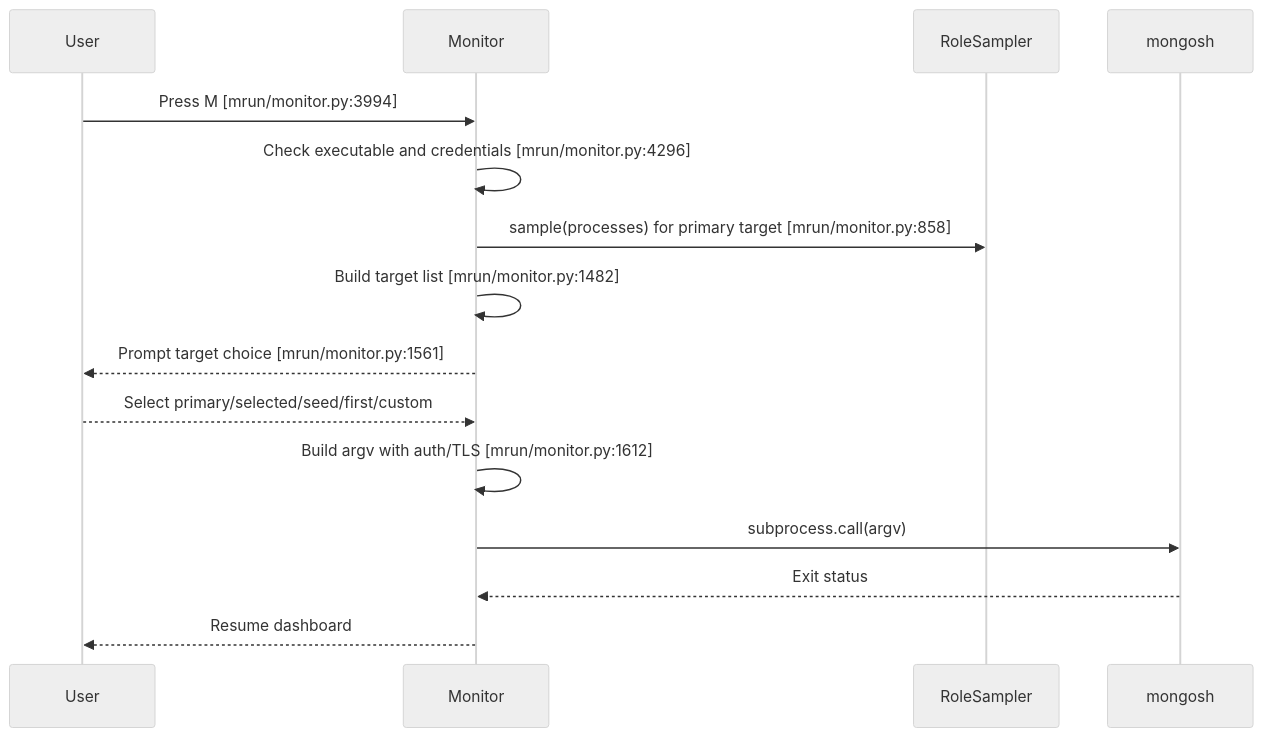
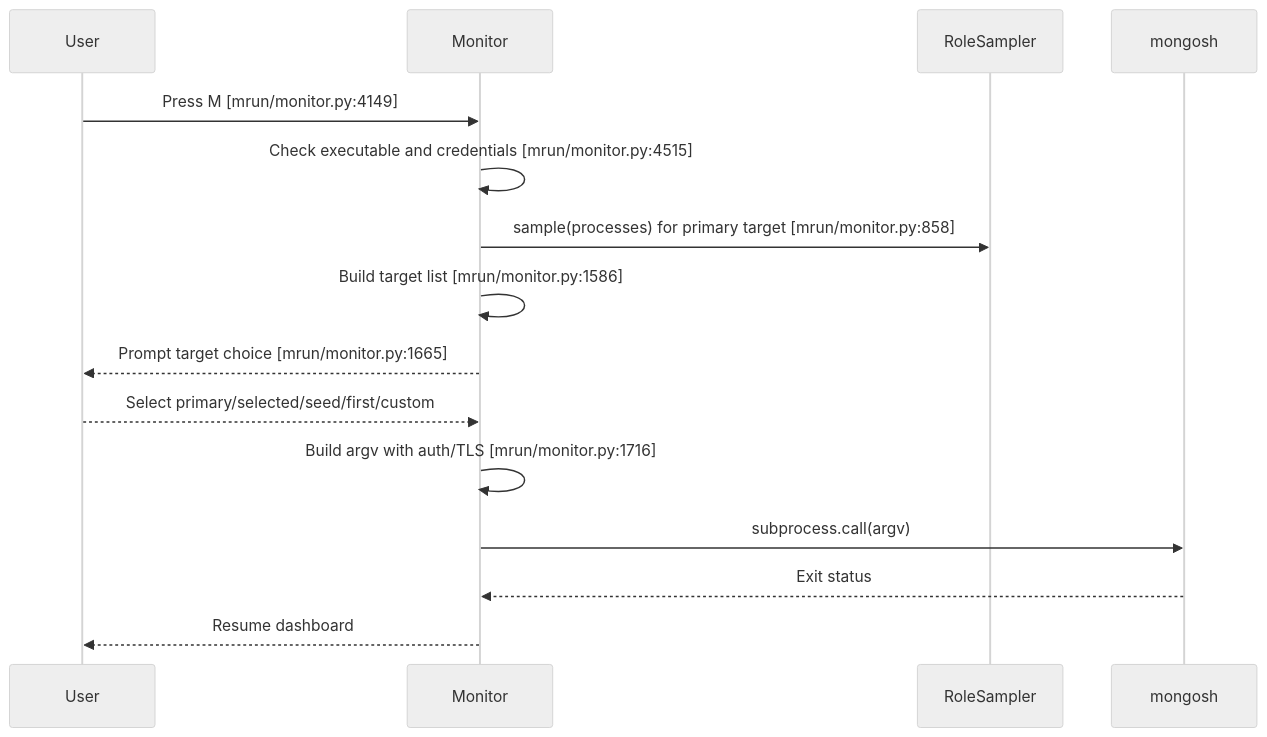
Before and after one commit to mongodb/mlaunch: the ninth of 13 diagrams in doc/feature-monitor-guide.md, drawn with Mermaid (neutral theme). The commit also changed other lines of this file and 2 other files, not shown here.

````diff
--- a/doc/feature-monitor-guide.md
+++ b/doc/feature-monitor-guide.md
@@ -807,18 +831,18 @@
 ```mermaid
 sequenceDiagram
     participant User
     participant Monitor
     participant Role as RoleSampler
     participant Shell as mongosh
 
-    User->>Monitor: Press M [mrun/monitor.py:3994]
-    Monitor->>Monitor: Check executable and credentials [mrun/monitor.py:4296]
+    User->>Monitor: Press M [mrun/monitor.py:4149]
+    Monitor->>Monitor: Check executable and credentials [mrun/monitor.py:4515]
     Monitor->>Role: sample(processes) for primary target [mrun/monitor.py:858]
-    Monitor->>Monitor: Build target list [mrun/monitor.py:1482]
-    Monitor-->>User: Prompt target choice [mrun/monitor.py:1561]
+    Monitor->>Monitor: Build target list [mrun/monitor.py:1586]
+    Monitor-->>User: Prompt target choice [mrun/monitor.py:1665]
     User-->>Monitor: Select primary/selected/seed/first/custom
-    Monitor->>Monitor: Build argv with auth/TLS [mrun/monitor.py:1612]
+    Monitor->>Monitor: Build argv with auth/TLS [mrun/monitor.py:1716]
     Monitor->>Shell: subprocess.call(argv)
     Shell-->>Monitor: Exit status
     Monitor-->>User: Resume dashboard
 ```
````
